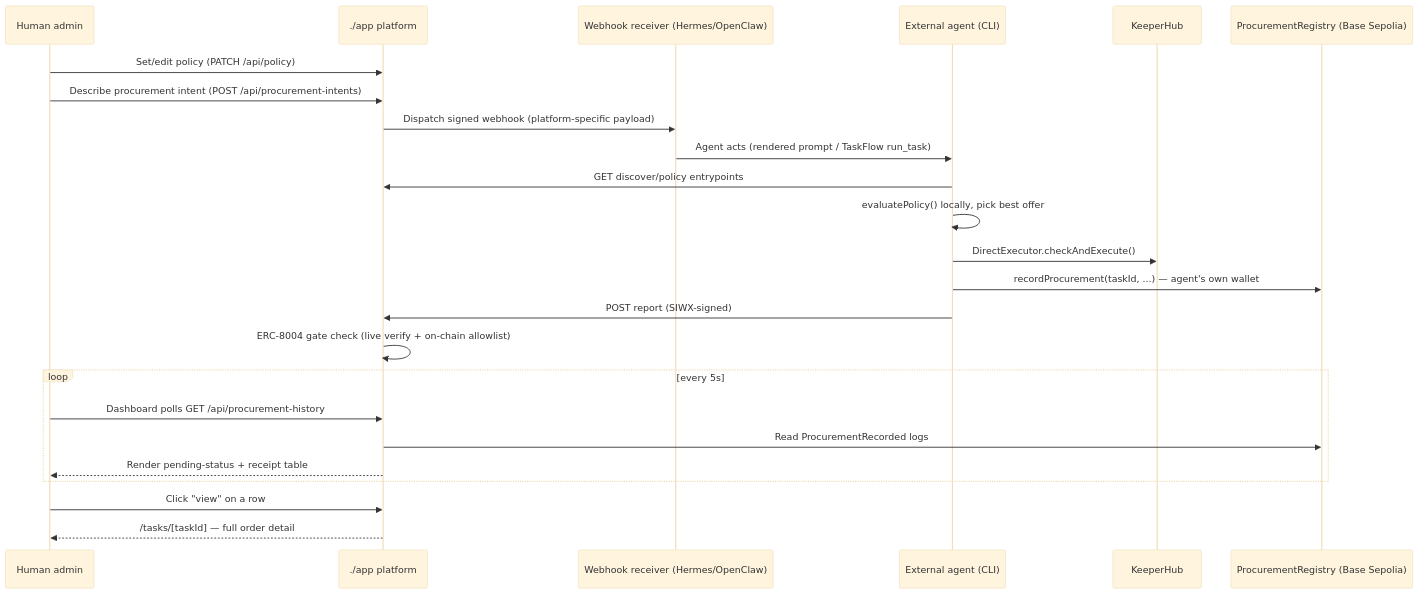
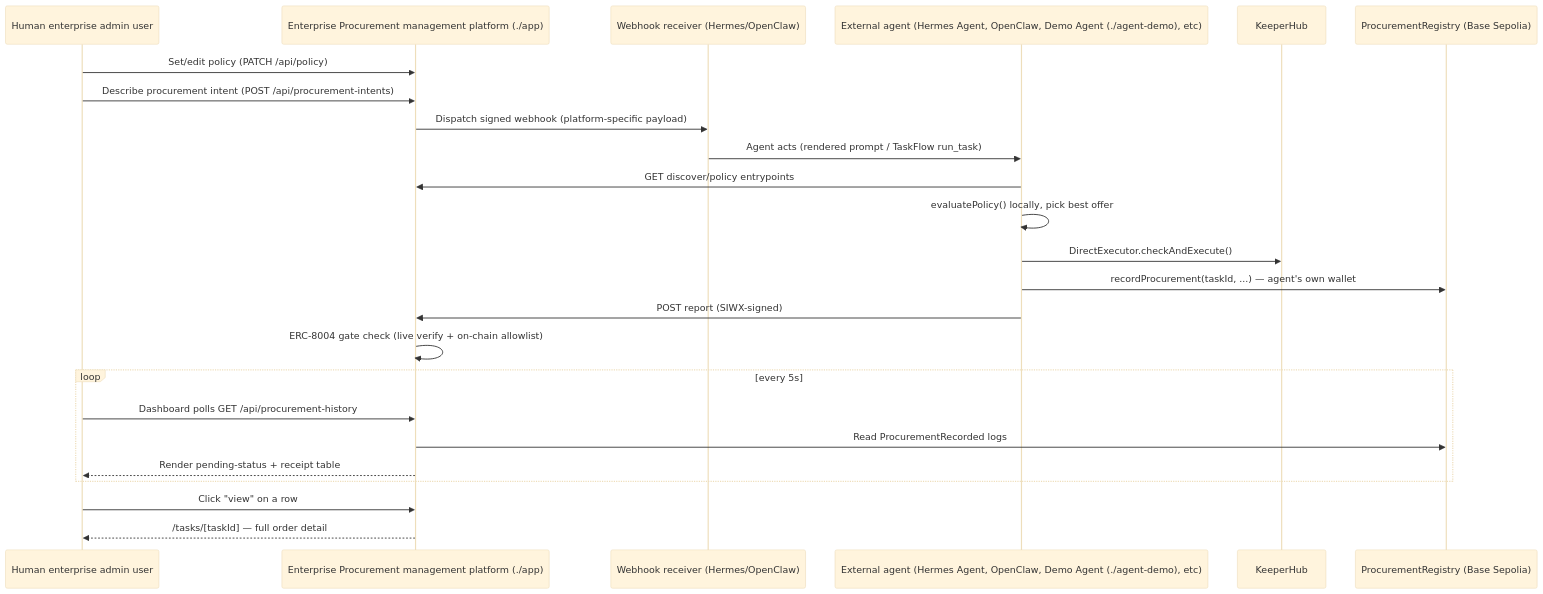
Before and after one commit to masaun/enterprise-procurement-agent-platform: the second of 2 diagrams in README.md, drawn with Mermaid (base theme). The commit also changed other lines of this file and 3 other files, not shown here.

````diff
--- a/README.md
+++ b/README.md
@@ -94,27 +95,27 @@
 ```mermaid
 sequenceDiagram
-    participant H as Human admin
-    participant P as ./app platform
+    participant H as Human enterprise admin user
+    participant P as Enterprise Procurement management platform (./app)
     participant W as Webhook receiver (Hermes/OpenClaw)
-    participant A as External agent (CLI)
+    participant A as External agent (Hermes Agent, OpenClaw, Demo Agent (./agent-demo), etc)
     participant K as KeeperHub
     participant C as ProcurementRegistry (Base Sepolia)
 
     H->>P: Set/edit policy (PATCH /api/policy)
     H->>P: Describe procurement intent (POST /api/procurement-intents)
     P->>W: Dispatch signed webhook (platform-specific payload)
     W->>A: Agent acts (rendered prompt / TaskFlow run_task)
     A->>P: GET discover/policy entrypoints
     A->>A: evaluatePolicy() locally, pick best offer
     A->>K: DirectExecutor.checkAndExecute()
     A->>C: recordProcurement(taskId, ...) — agent's own wallet
     A->>P: POST report (SIWX-signed)
     P->>P: ERC-8004 gate check (live verify + on-chain allowlist)
     loop every 5s
         H->>P: Dashboard polls GET /api/procurement-history
         P->>C: Read ProcurementRecorded logs
         P-->>H: Render pending-status + receipt table
     end
     H->>P: Click "view" on a row
     P-->>H: /tasks/[taskId] — full order detail
 ```
````
